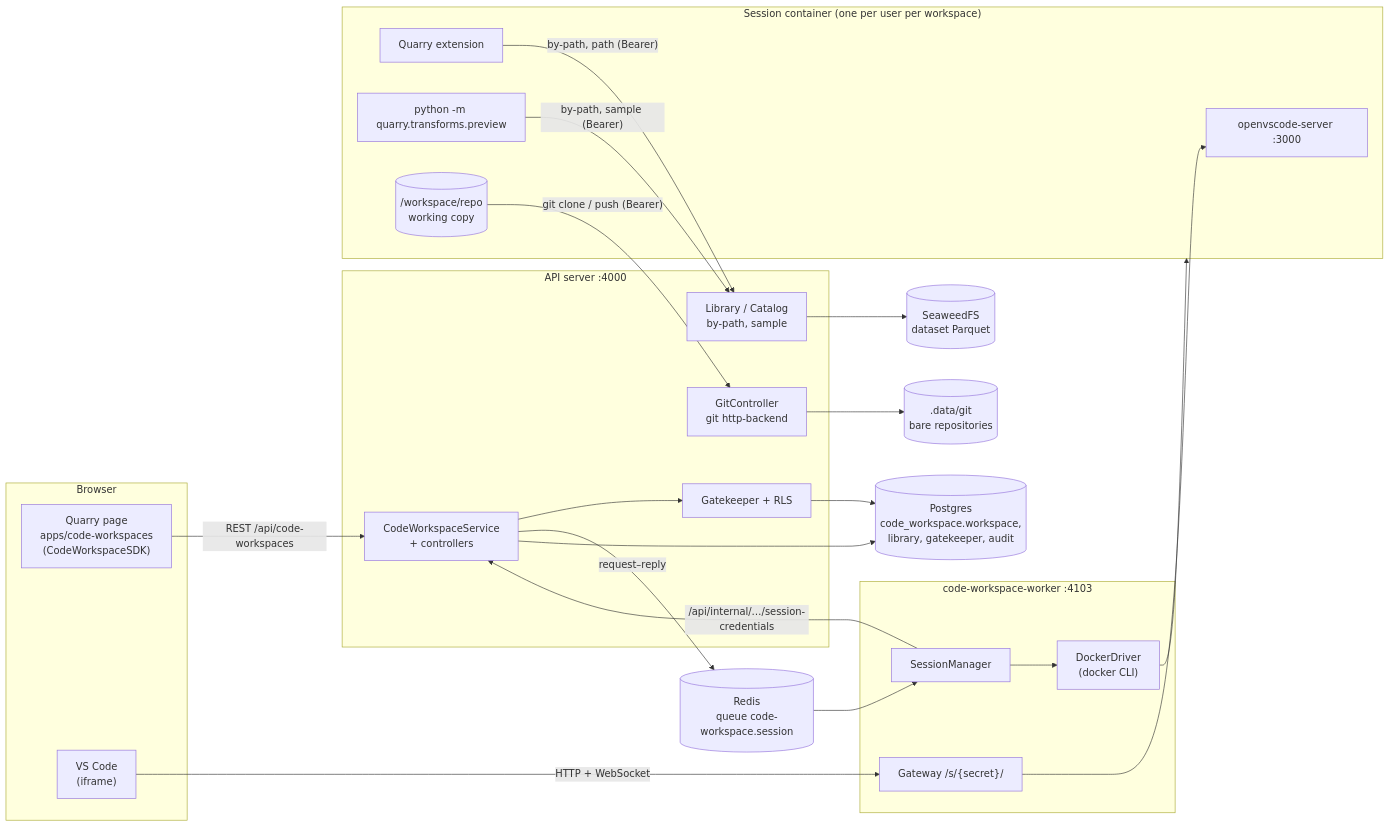
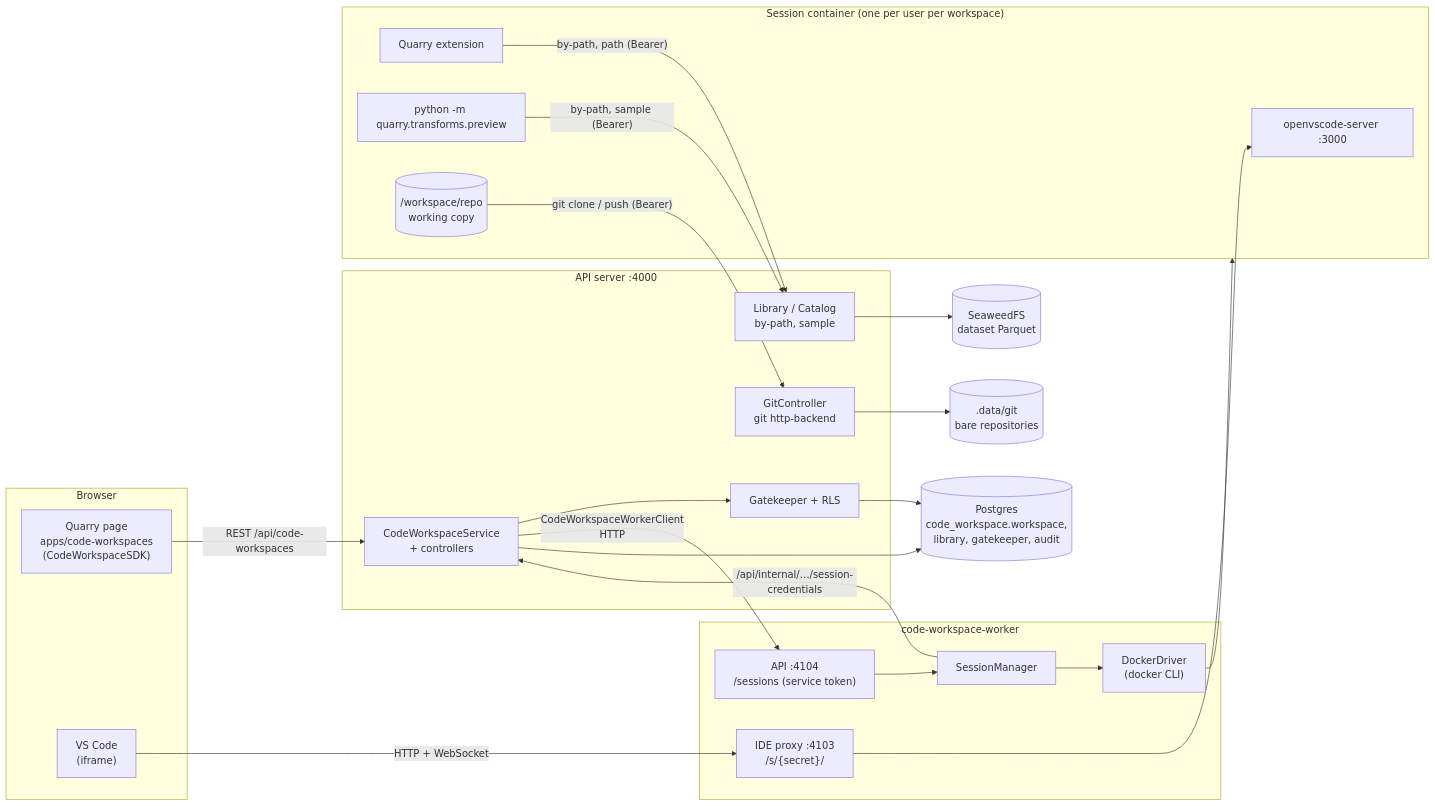
One commit to RolandTeslaru/Quarry changed the diagram in docs/design/code-workspaces/README.md. Above: the diagram before and after it, drawn with Mermaid. The commit also changed other lines of this file and 31 other files, not shown here.

First line of the commit message:
refactor: remove session processing via BullMQ and implement direct API calls to the worker

````diff
--- a/docs/design/code-workspaces/README.md
+++ b/docs/design/code-workspaces/README.md
@@ -18,44 +18,44 @@
 ```mermaid
 flowchart LR
     subgraph Browser
         page["Quarry page<br/>apps/code-workspaces<br/>(CodeWorkspaceSDK)"]
         ide["VS Code<br/>(iframe)"]
     end
 
     subgraph Server["API server :4000"]
         cws["CodeWorkspaceService<br/>+ controllers"]
         git["GitController<br/>git http-backend"]
         lib["Library / Catalog<br/>by-path, sample"]
         gk["Gatekeeper + RLS"]
     end
 
-    subgraph Worker["code-workspace-worker :4103"]
+    subgraph Worker["code-workspace-worker"]
+        wapi["API :4104<br/>/sessions (service token)"]
         sm["SessionManager"]
-        gw["Gateway /s/{secret}/"]
+        gw["IDE proxy :4103<br/>/s/{secret}/"]
         dd["DockerDriver<br/>(docker CLI)"]
     end
 
     subgraph Session["Session container (one per user per workspace)"]
         vsc["openvscode-server :3000"]
         ext["Quarry extension"]
         runner["python -m quarry.transforms.preview"]
         repo[("/workspace/repo<br/>working copy")]
     end
 
     pg[("Postgres<br/>code_workspace.workspace,<br/>library, gatekeeper, audit")]
     bare[(".data/git<br/>bare repositories")]
-    redis[("Redis<br/>queue code-workspace.session")]
     s3[("SeaweedFS<br/>dataset Parquet")]
 
     page -- "REST /api/code-workspaces" --> cws
     cws --> gk
-    cws -- "request–reply" --> redis --> sm
+    cws -- "CodeWorkspaceWorkerClient<br/>HTTP" --> wapi --> sm
     sm -- "/api/internal/…/session-credentials" --> cws
     sm --> dd --> Session
     ide -- "HTTP + WebSocket" --> gw --> vsc
     repo -- "git clone / push (Bearer)" --> git --> bare
     runner -- "by-path, sample (Bearer)" --> lib --> s3
     ext -- "by-path, path (Bearer)" --> lib
     cws --> pg
     gk --> pg
 ```
````
